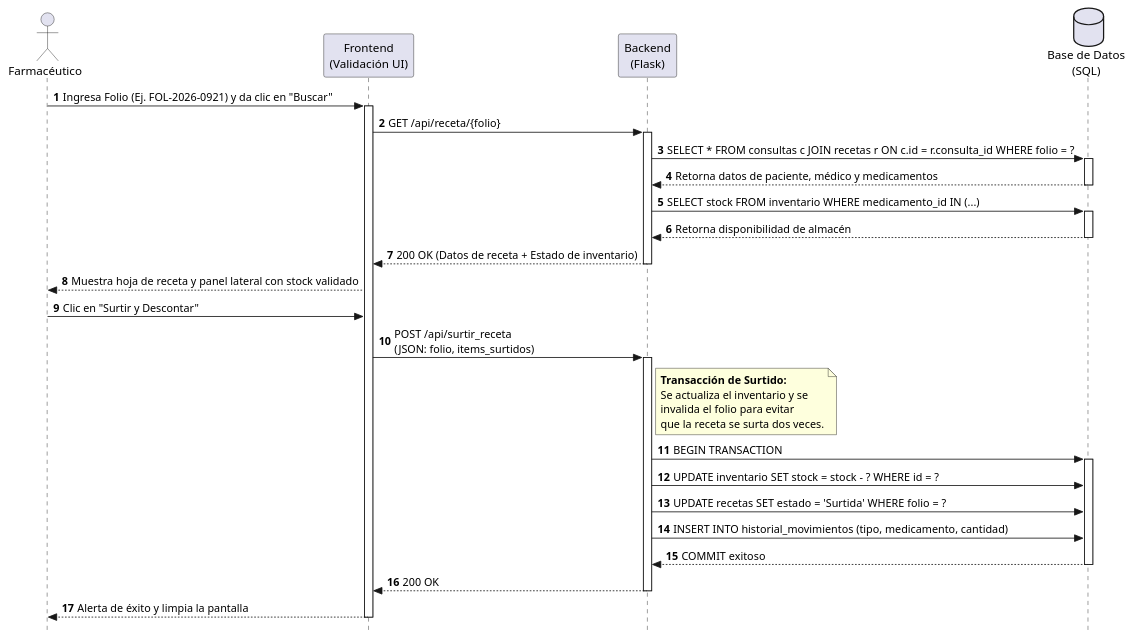
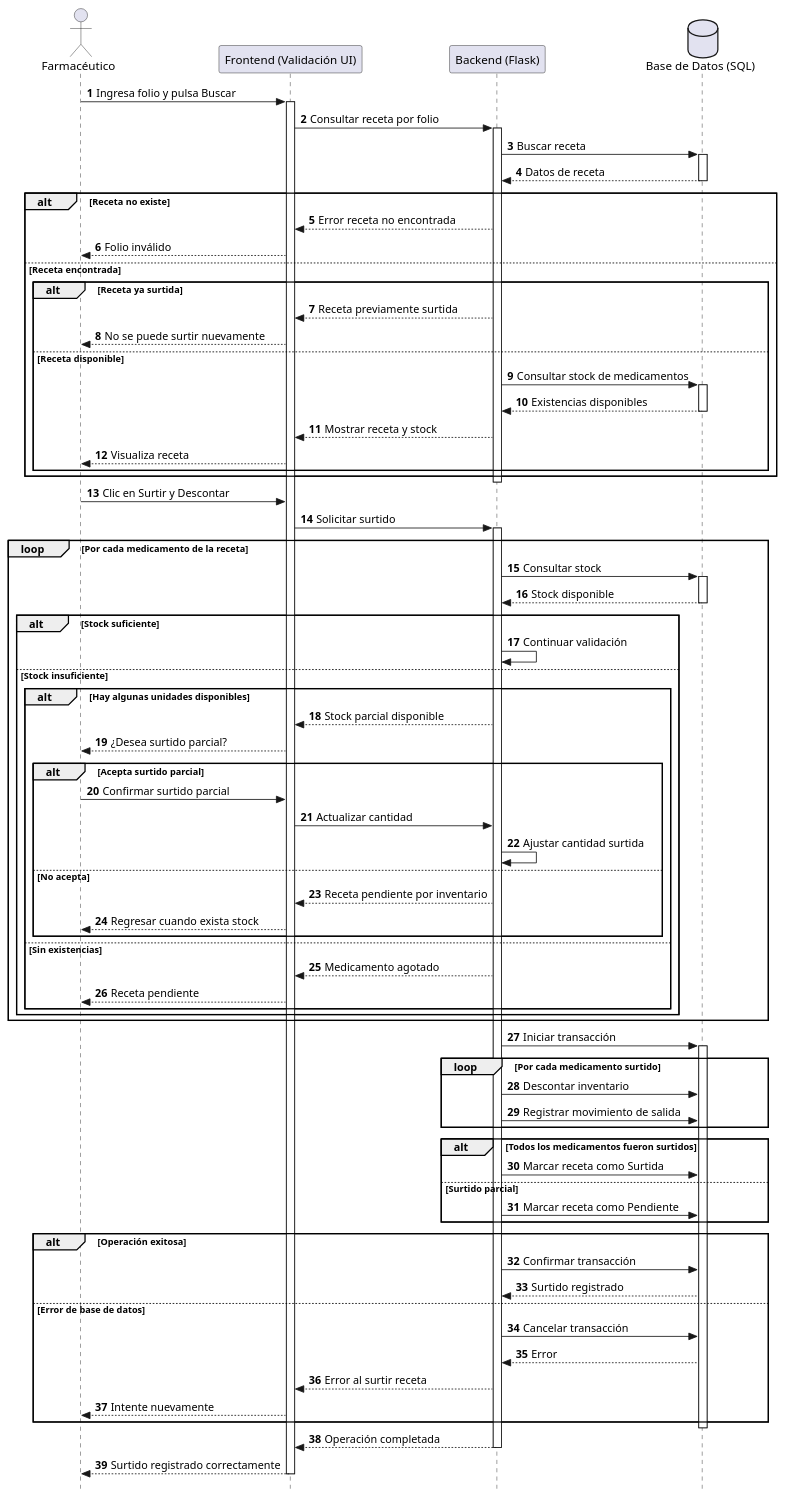
One commit to AlgorithmQuantum/Proyecto changed the diagram in DiagramasSecuencia/Farmacia/validarReceta.puml. Above: the diagram before and after it, drawn with PlantUML. The commit also changed 11 other files, not shown here.

Commit message:
correciones del los diagramas

```diff
--- a/DiagramasSecuencia/Farmacia/validarReceta.puml
+++ b/DiagramasSecuencia/Farmacia/validarReceta.puml
@@ -1,55 +1,168 @@
 @startuml surtir_receta
+
 skinparam style strictuml
+
 autonumber
 
 actor Farmacéutico
-participant "Frontend\n(Validación UI)" as UI
-participant "Backend\n(Flask)" as Flask
-database "Base de Datos\n(SQL)" as BD
+participant "Frontend (Validación UI)" as UI
+participant "Backend (Flask)" as Flask
+database "Base de Datos (SQL)" as BD
 
-' Búsqueda de la receta
-Farmacéutico -> UI: Ingresa Folio (Ej. FOL-2026-0921) y da clic en "Buscar"
+Farmacéutico -> UI: Ingresa folio y pulsa Buscar
+
 activate UI
-UI -> Flask: GET /api/receta/{folio}
+
+UI -> Flask: Consultar receta por folio
+
 activate Flask
-Flask -> BD: SELECT * FROM consultas c JOIN recetas r ON c.id = r.consulta_id WHERE folio = ?
+
+Flask -> BD: Buscar receta
+
 activate BD
-BD --> Flask: Retorna datos de paciente, médico y medicamentos
+
+BD --> Flask: Datos de receta
+
 deactivate BD
 
-' Verificación de Stock
-Flask -> BD: SELECT stock FROM inventario WHERE medicamento_id IN (...)
+alt Receta no existe
+
+    Flask --> UI: Error receta no encontrada
+
+    UI --> Farmacéutico: Folio inválido
+
+else Receta encontrada
+
+    alt Receta ya surtida
+
+        Flask --> UI: Receta previamente surtida
+
+        UI --> Farmacéutico: No se puede surtir nuevamente
+
+    else Receta disponible
+
+        Flask -> BD: Consultar stock de medicamentos
+
+        activate BD
+
+        BD --> Flask: Existencias disponibles
+
+        deactivate BD
+
+        Flask --> UI: Mostrar receta y stock
+
+        UI --> Farmacéutico: Visualiza receta
+
+    end
+
+end
+
+deactivate Flask
+
+Farmacéutico -> UI: Clic en Surtir y Descontar
+
+UI -> Flask: Solicitar surtido
+
+activate Flask
+
+loop Por cada medicamento de la receta
+
+    Flask -> BD: Consultar stock
+
+    activate BD
+
+    BD --> Flask: Stock disponible
+
+    deactivate BD
+
+    alt Stock suficiente
+
+        Flask -> Flask: Continuar validación
+
+    else Stock insuficiente
+
+        alt Hay algunas unidades disponibles
+
+            Flask --> UI: Stock parcial disponible
+
+            UI --> Farmacéutico: ¿Desea surtido parcial?
+
+            alt Acepta surtido parcial
+
+                Farmacéutico -> UI: Confirmar surtido parcial
+
+                UI -> Flask: Actualizar cantidad
+
+                Flask -> Flask: Ajustar cantidad surtida
+
+            else No acepta
+
+                Flask --> UI: Receta pendiente por inventario
+
+                UI --> Farmacéutico: Regresar cuando exista stock
+
+            end
+
+        else Sin existencias
+
+            Flask --> UI: Medicamento agotado
+
+            UI --> Farmacéutico: Receta pendiente
+
+        end
+
+    end
+
+end
+
+Flask -> BD: Iniciar transacción
+
 activate BD
-BD --> Flask: Retorna disponibilidad de almacén
+
+loop Por cada medicamento surtido
+
+    Flask -> BD: Descontar inventario
+
+    Flask -> BD: Registrar movimiento de salida
+
+end
+
+alt Todos los medicamentos fueron surtidos
+
+    Flask -> BD: Marcar receta como Surtida
+
+else Surtido parcial
+
+    Flask -> BD: Marcar receta como Pendiente
+
+end
+
+alt Operación exitosa
+
+    Flask -> BD: Confirmar transacción
+
+    BD --> Flask: Surtido registrado
+
+else Error de base de datos
+
+    Flask -> BD: Cancelar transacción
+
+    BD --> Flask: Error
+
+    Flask --> UI: Error al surtir receta
+
+    UI --> Farmacéutico: Intente nuevamente
+
+end
+
 deactivate BD
 
-Flask --> UI: 200 OK (Datos de receta + Estado de inventario)
+Flask --> UI: Operación completada
+
 deactivate Flask
-UI --> Farmacéutico: Muestra hoja de receta y panel lateral con stock validado
 
-' Surtido y descuento
-Farmacéutico -> UI: Clic en "Surtir y Descontar"
-UI -> Flask: POST /api/surtir_receta\n(JSON: folio, items_surtidos)
-activate Flask
+UI --> Farmacéutico: Surtido registrado correctamente
 
-note right of Flask
-  **Transacción de Surtido:**
-  Se actualiza el inventario y se 
-  invalida el folio para evitar 
-  que la receta se surta dos veces.
-end note
-
-Flask -> BD: BEGIN TRANSACTION
-activate BD
-Flask -> BD: UPDATE inventario SET stock = stock - ? WHERE id = ?
-Flask -> BD: UPDATE recetas SET estado = 'Surtida' WHERE folio = ?
-Flask -> BD: INSERT INTO historial_movimientos (tipo, medicamento, cantidad)
-BD --> Flask: COMMIT exitoso
-deactivate BD
-
-Flask --> UI: 200 OK
-deactivate Flask
-UI --> Farmacéutico: Alerta de éxito y limpia la pantalla
 deactivate UI
 
 @enduml
```
